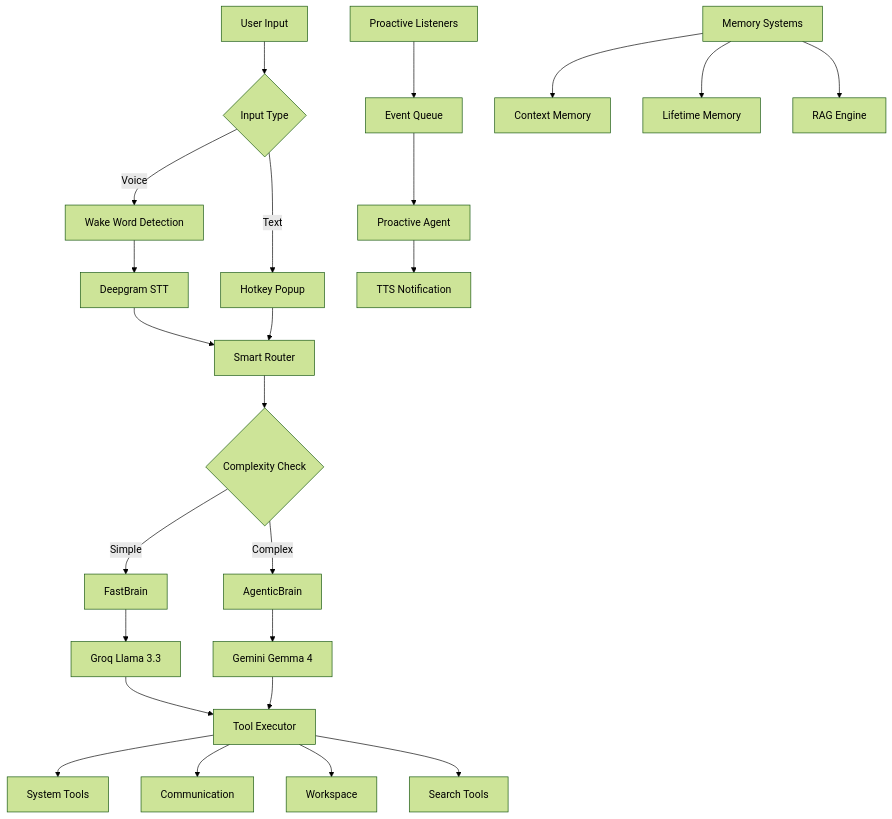
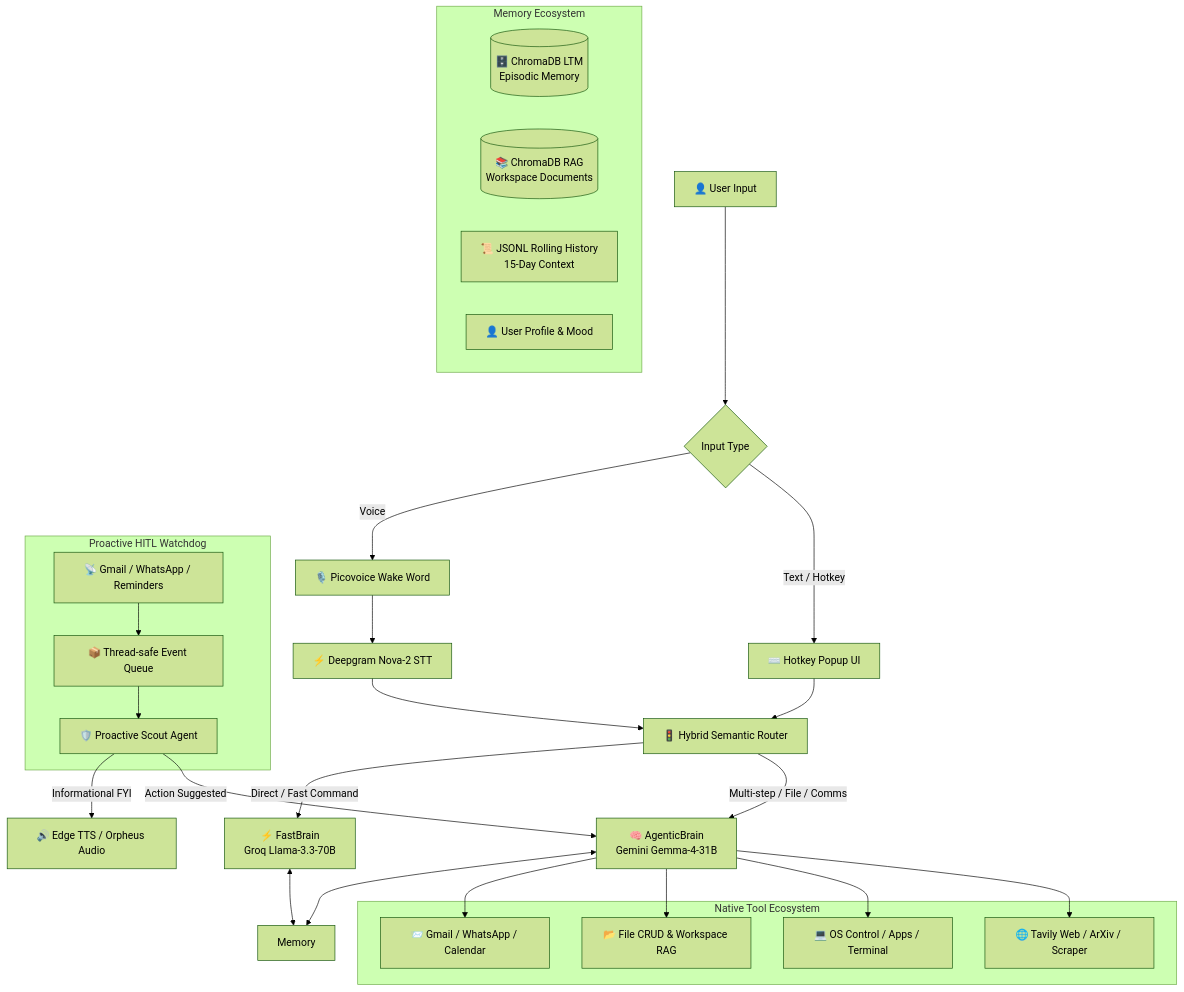
The diagram in README.md (thekaifansari01/Jarvis-OS-Agent), drawn with Mermaid (forest theme) before and after one commit. The commit also changed other lines of this file and 23 other files, not shown here.

Commit message:
feat: upgrade Jarvis to Tony Stark HITL Proactive Architecture (Silent Mode, Pre-LLM Spam Filter, Structured English Scout Prompts, Semantic Confirmation Router, 60s TTL Buffer, HITL Agent Protocol, Professional README)

````diff
--- a/README.md
+++ b/README.md
@@ -95,32 +43,51 @@
 ```mermaid
 graph TD
-    A[User Input] --> B{Input Type}
-    B -->|Voice| C[Wake Word Detection]
-    B -->|Text| D[Hotkey Popup]
-    C --> E[Deepgram STT]
-    E --> F[Smart Router]
-    D --> F
+    %% Input Layer
+    user_input[👤 User Input] --> input_router{Input Type}
+    input_router -->|Voice| wake_word[🎙️ Picovoice Wake Word]
+    input_router -->|Text / Hotkey| popup_ui[⌨️ Hotkey Popup UI]
+    wake_word --> stt_engine[⚡ Deepgram Nova-2 STT]
 
-    F --> G{Complexity Check}
-    G -->|Simple| H[FastBrain]
-    G -->|Complex| I[AgenticBrain]
+    %% Router Layer
+    stt_engine --> semantic_router[🚦 Hybrid Semantic Router]
+    popup_ui --> semantic_router
 
-    H --> J[Groq Llama 3.3]
-    I --> K[Gemini Gemma 4]
+    %% Intelligence Engine
+    semantic_router -->|Direct / Fast Command| fast_brain[⚡ FastBrain<br/>Groq Llama-3.3-70B]
+    semantic_router -->|Multi-step / File / Comms| agent_brain[🧠 AgenticBrain<br/>Gemini Gemma-4-31B]
 
-    J --> L[Tool Executor]
-    K --> L
+    %% Memory & Context Layer
+    subgraph Memory Ecosystem
+        ltm_db[(🗄️ ChromaDB LTM<br/>Episodic Memory)]
+        rag_db[(📚 ChromaDB RAG<br/>Workspace Documents)]
+        context_jsonl[📜 JSONL Rolling History<br/>15-Day Context]
+        profile_json[👤 User Profile & Mood]
+    end
 
-    L --> M[System Tools]
-    L --> N[Communication]
-    L --> O[Workspace]
-    L --> P[Search Tools]
+    agent_brain <--> Memory
+    fast_brain <--> Memory
 
-    Q[Proactive Listeners] --> R[Event Queue]
-    R --> S[Proactive Agent]
-    S --> T[TTS Notification]
+    %% Execution & Tools Layer
+    subgraph Native Tool Ecosystem
+        comms_tools[📨 Gmail / WhatsApp / Calendar]
+        fs_tools[📂 File CRUD & Workspace RAG]
+        sys_tools[💻 OS Control / Apps / Terminal]
+        search_tools[🌐 Tavily Web / ArXiv / Scraper]
+    end
 
-    U[Memory Systems] --> V[Context Memory]
-    U --> W[Lifetime Memory]
-    U --> X[RAG Engine]
+    agent_brain --> comms_tools
+    agent_brain --> fs_tools
+    agent_brain --> sys_tools
+    agent_brain --> search_tools
+
+    %% Proactive Background Layer
+    subgraph Proactive HITL Watchdog
+        listeners[📡 Gmail / WhatsApp / Reminders]
+        queue[📦 Thread-safe Event Queue]
+        scout[🛡️ Proactive Scout Agent]
+    end
+
+    listeners --> queue --> scout
+    scout -->|Informational FYI| tts_out[🔊 Edge TTS / Orpheus Audio]
+    scout -->|Action Suggested| agent_brain
 ```
````
